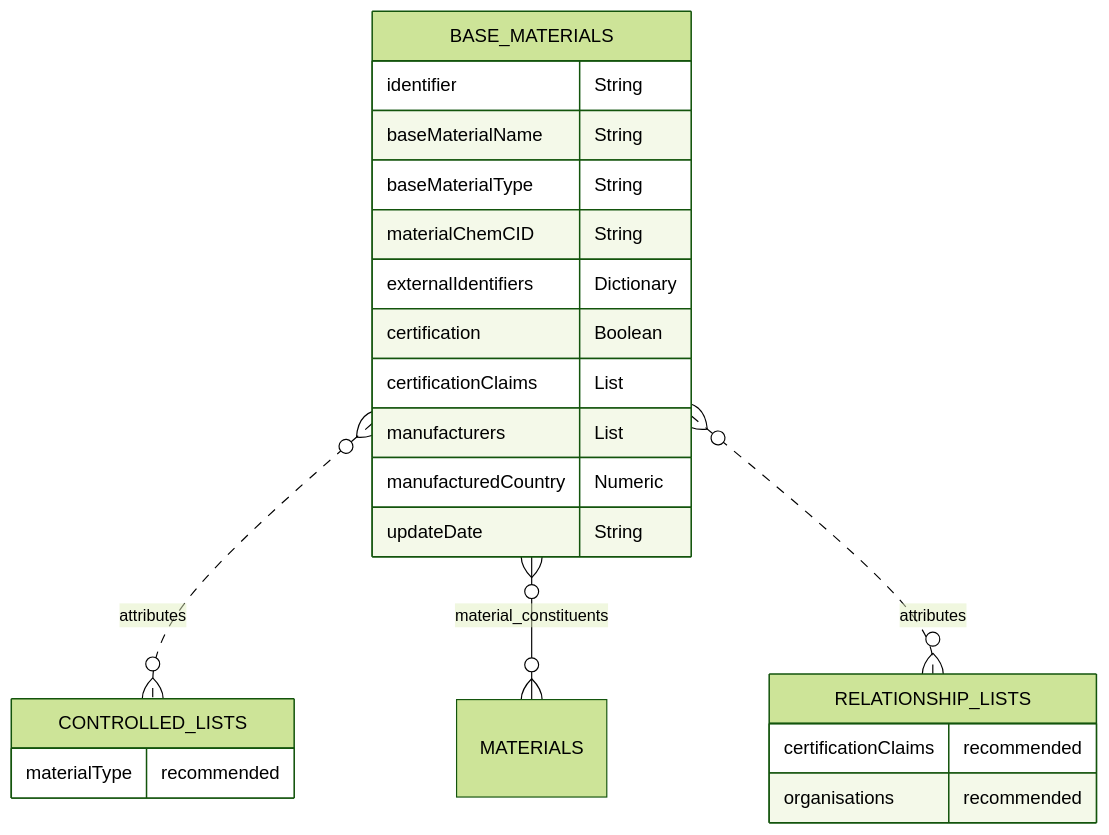
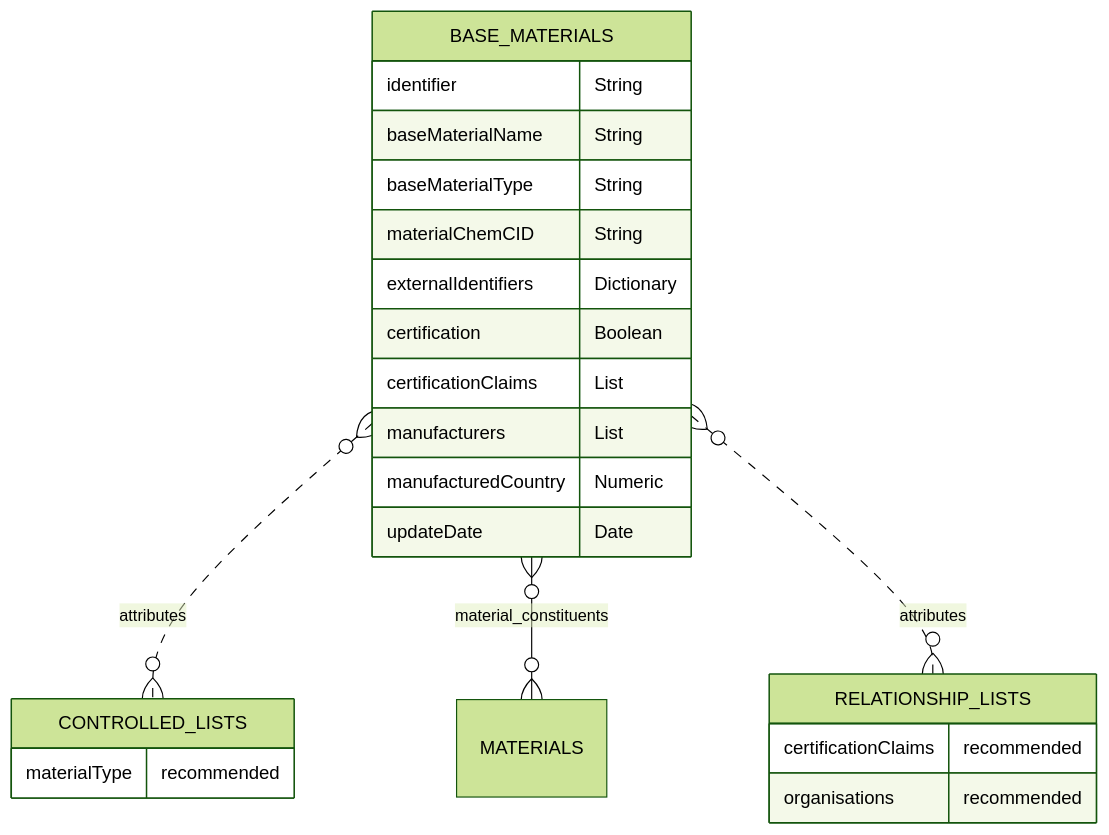
The diagram in docs/3_Data_Specification/3_1_Base_Materials.md (OpenDataManchester/Open3P), drawn with Mermaid (forest theme) before and after one commit. The commit also changed other lines of this file, not shown here.

Commit message:
Update date to ISO 8601

````diff
--- a/docs/3_Data_Specification/3_1_Base_Materials.md
+++ b/docs/3_Data_Specification/3_1_Base_Materials.md
@@ -26,25 +26,25 @@
 ``` mermaid
 erDiagram
   BASE_MATERIALS {
     identifier String
     baseMaterialName String
     baseMaterialType String
     materialChemCID String
     externalIdentifiers Dictionary
     certification Boolean
     certificationClaims List
     manufacturers List
     manufacturedCountry Numeric
-    updateDate String
+    updateDate Date
   }
   BASE_MATERIALS }o..o{ CONTROLLED_LISTS : attributes
   BASE_MATERIALS }o--o{ MATERIALS : material_constituents
   BASE_MATERIALS }o..o{ RELATIONSHIP_LISTS : attributes
   CONTROLLED_LISTS {
     materialType recommended 
   }
   RELATIONSHIP_LISTS {
     certificationClaims recommended
     organisations recommended
   }
 ```
````
